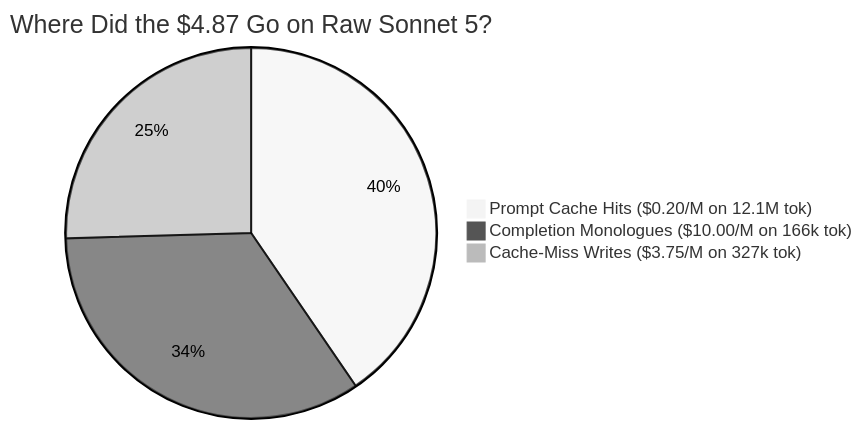
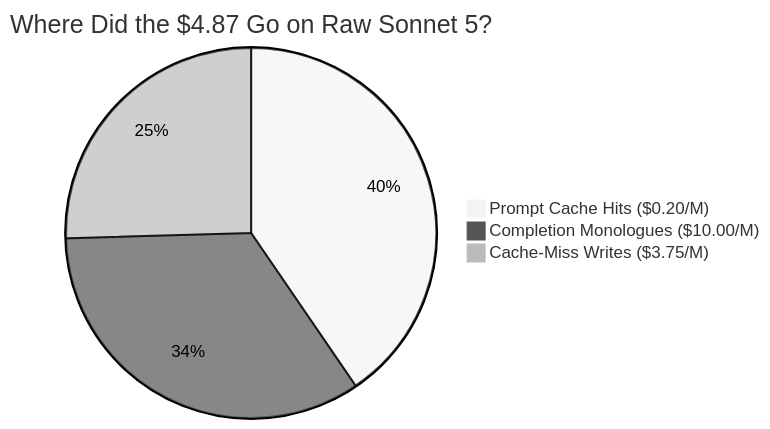
One commit to dixieflatline76/nacho-flow changed the seventh of 10 diagrams in docs/Sonnet-control-study.md. Above: the diagram before and after it, drawn with Mermaid (neutral theme). The commit also changed other lines of this file and 2 other files, not shown here.

Commit message:
docs: fix mermaid diagrams for universal markdown preview compatibility

````diff
--- a/docs/Sonnet-control-study.md
+++ b/docs/Sonnet-control-study.md
@@ -332,6 +346,6 @@
 ```mermaid
 pie title Where Did the $4.87 Go on Raw Sonnet 5?
-    "Prompt Cache Hits ($0.20/M on 12.1M tok)" : 1.97
-    "Completion Monologues ($10.00/M on 166k tok)" : 1.66
-    "Cache-Miss Writes ($3.75/M on 327k tok)" : 1.24
+    "Prompt Cache Hits ($0.20/M)" : 1.97
+    "Completion Monologues ($10.00/M)" : 1.66
+    "Cache-Miss Writes ($3.75/M)" : 1.24
 ```
````
